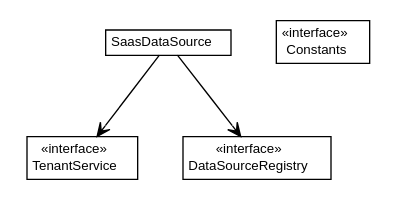
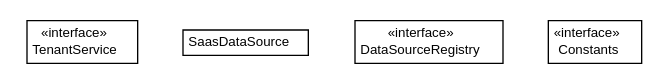
One commit to dayatang/dddlib changed the diagram in dddlib-datasource-saas/apidocs/org/dayatang/datasource4saas/org.dayatang.datasource4saas.dot. Above: the diagram before and after it, drawn with Graphviz. The commit also changed 294 other files, not shown here.

```diff
--- a/dddlib-datasource-saas/apidocs/org/dayatang/datasource4saas/org.dayatang.datasource4saas.dot
+++ b/dddlib-datasource-saas/apidocs/org/dayatang/datasource4saas/org.dayatang.datasource4saas.dot
@@ -1,43 +1,39 @@
 #!/usr/local/bin/dot
 #
 # Class diagram 
 # Generated by UMLGraph version R5_6_6-8-g8d7759 (http://www.umlgraph.org/)
 #
 
 digraph G {
 	edge [fontname="Helvetica",fontsize=10,labelfontname="Helvetica",labelfontsize=10];
 	node [fontname="Helvetica",fontsize=10,shape=plaintext];
 	nodesep=0.25;
 	ranksep=0.5;
 	// org.dayatang.datasource4saas.TenantService
 	c0 [label=<<table title="org.dayatang.datasource4saas.TenantService" border="0" cellborder="1" cellspacing="0" cellpadding="2" port="p" href="./TenantService.html">
 		<tr><td><table border="0" cellspacing="0" cellpadding="1">
 <tr><td align="center" balign="center"> &#171;interface&#187; </td></tr>
 <tr><td align="center" balign="center"> TenantService </td></tr>
 		</table></td></tr>
 		</table>>, URL="./TenantService.html", fontname="Helvetica", fontcolor="black", fontsize=10.0];
 	// org.dayatang.datasource4saas.SaasDataSource
 	c1 [label=<<table title="org.dayatang.datasource4saas.SaasDataSource" border="0" cellborder="1" cellspacing="0" cellpadding="2" port="p" href="./SaasDataSource.html">
 		<tr><td><table border="0" cellspacing="0" cellpadding="1">
 <tr><td align="center" balign="center"> SaasDataSource </td></tr>
 		</table></td></tr>
 		</table>>, URL="./SaasDataSource.html", fontname="Helvetica", fontcolor="black", fontsize=10.0];
 	// org.dayatang.datasource4saas.DataSourceRegistry
 	c2 [label=<<table title="org.dayatang.datasource4saas.DataSourceRegistry" border="0" cellborder="1" cellspacing="0" cellpadding="2" port="p" href="./DataSourceRegistry.html">
 		<tr><td><table border="0" cellspacing="0" cellpadding="1">
 <tr><td align="center" balign="center"> &#171;interface&#187; </td></tr>
 <tr><td align="center" balign="center"> DataSourceRegistry </td></tr>
 		</table></td></tr>
 		</table>>, URL="./DataSourceRegistry.html", fontname="Helvetica", fontcolor="black", fontsize=10.0];
 	// org.dayatang.datasource4saas.Constants
 	c3 [label=<<table title="org.dayatang.datasource4saas.Constants" border="0" cellborder="1" cellspacing="0" cellpadding="2" port="p" href="./Constants.html">
 		<tr><td><table border="0" cellspacing="0" cellpadding="1">
 <tr><td align="center" balign="center"> &#171;interface&#187; </td></tr>
 <tr><td align="center" balign="center"> Constants </td></tr>
 		</table></td></tr>
 		</table>>, URL="./Constants.html", fontname="Helvetica", fontcolor="black", fontsize=10.0];
-	// org.dayatang.datasource4saas.SaasDataSource NAVASSOC org.dayatang.datasource4saas.TenantService
-	c1:p -> c0:p [taillabel="", label=" "headlabel="", fontname="Helvetica", fontcolor="black", fontsize=10.0, color="black", arrowhead=open];
-	// org.dayatang.datasource4saas.SaasDataSource NAVASSOC org.dayatang.datasource4saas.DataSourceRegistry
-	c1:p -> c2:p [taillabel="", label=" "headlabel="", fontname="Helvetica", fontcolor="black", fontsize=10.0, color="black", arrowhead=open];
 }
```
